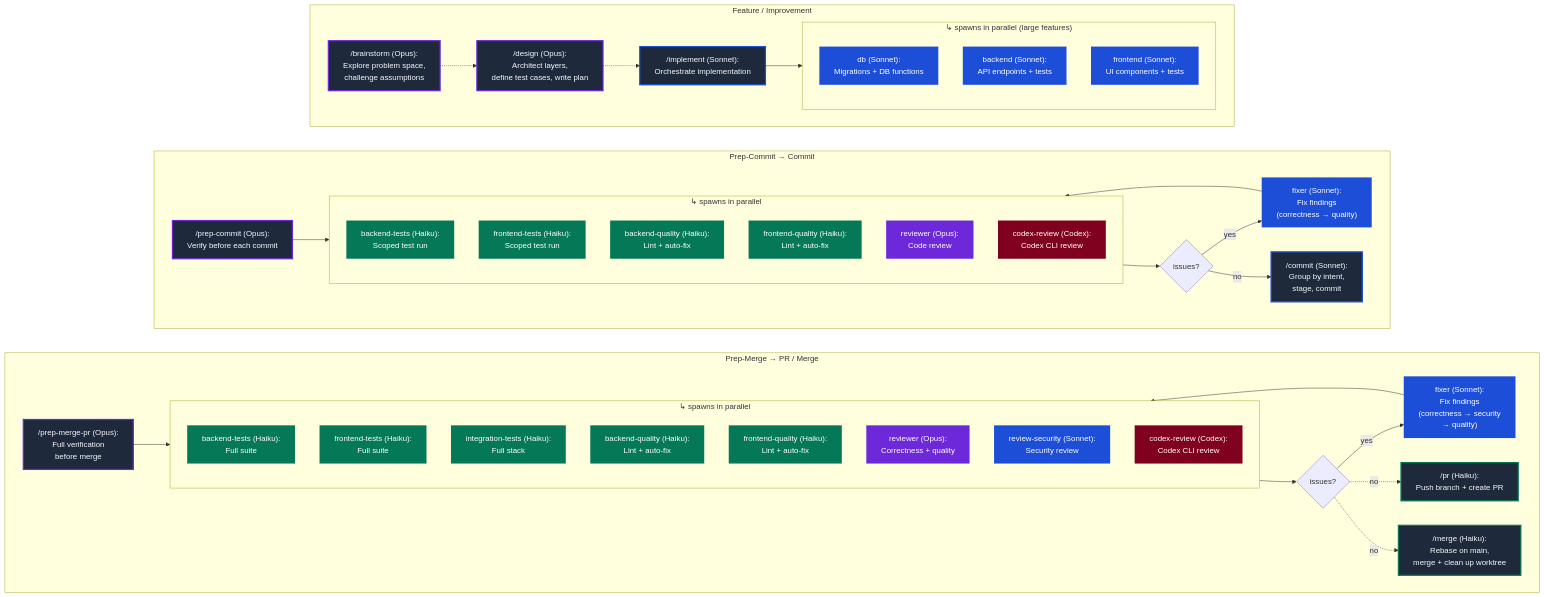
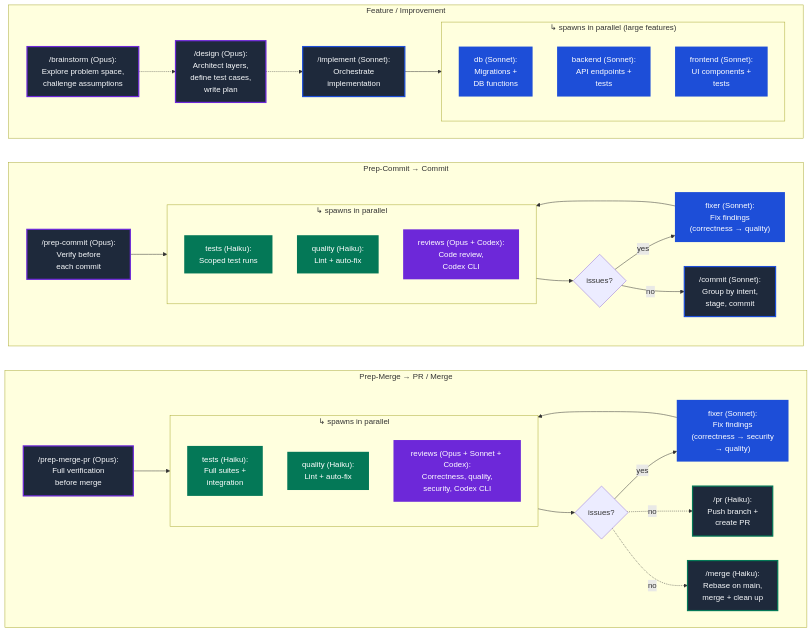
One commit to kambatla/ccupa changed the diagram in README.md. Above: the diagram before and after it, drawn with Mermaid.

Commit message:
docs: collapse parallel agents into category groups for legibility

```diff
--- a/README.md
+++ b/README.md
@@ -47,19 +47,14 @@
     PMP["/prep-merge-pr (Opus):<br/>Full verification<br/>before merge"]
     subgraph PMP_A["↳ spawns in parallel"]
         direction TB
-        PMPT["backend-tests (Haiku):<br/>Full suite"]
-        PMPF2["frontend-tests (Haiku):<br/>Full suite"]
-        PMPI["integration-tests (Haiku):<br/>Full stack"]
-        PMPQ["backend-quality (Haiku):<br/>Lint + auto-fix"]
-        PMPFQ["frontend-quality (Haiku):<br/>Lint + auto-fix"]
-        PMPR["reviewer (Opus):<br/>Correctness + quality"]
-        PMPS["review-security (Sonnet):<br/>Security review"]
-        PMPC["codex-review (Codex):<br/>Codex CLI review"]
+        PMP_T["tests (Haiku):<br/>Full suites +<br/>integration"]
+        PMP_Q["quality (Haiku):<br/>Lint + auto-fix"]
+        PMP_R["reviews (Opus + Sonnet + Codex):<br/>Correctness, quality,<br/>security, Codex CLI"]
     end
     PMP_CHECK{issues?}
     PMPFIX["fixer (Sonnet):<br/>Fix findings<br/>(correctness → security<br/>→ quality)"]
-    PR["/pr (Haiku):<br/>Push branch + create PR"]
-    MRG["/merge (Haiku):<br/>Rebase on main,<br/>merge + clean up worktree"]
+    PR["/pr (Haiku):<br/>Push branch +<br/>create PR"]
+    MRG["/merge (Haiku):<br/>Rebase on main,<br/>merge + clean up"]
     PMP --> PMP_A
     PMP_A --> PMP_CHECK
     PMP_CHECK -->|yes| PMPFIX
@@ -69,15 +64,12 @@
   end
  subgraph PC_FLOW["Prep-Commit → Commit"]
     direction LR
-    PC["/prep-commit (Opus):<br/>Verify before each commit"]
+    PC["/prep-commit (Opus):<br/>Verify before<br/>each commit"]
     subgraph PC_A["↳ spawns in parallel"]
         direction TB
-        PCT["backend-tests (Haiku):<br/>Scoped test run"]
-        PCF2["frontend-tests (Haiku):<br/>Scoped test run"]
-        PCQ["backend-quality (Haiku):<br/>Lint + auto-fix"]
-        PCFQ["frontend-quality (Haiku):<br/>Lint + auto-fix"]
-        PCR["reviewer (Opus):<br/>Code review"]
-        PCC["codex-review (Codex):<br/>Codex CLI review"]
+        PC_T["tests (Haiku):<br/>Scoped test runs"]
+        PC_Q["quality (Haiku):<br/>Lint + auto-fix"]
+        PC_R["reviews (Opus + Codex):<br/>Code review,<br/>Codex CLI"]
     end
     PC_CHECK{issues?}
     PCFIX["fixer (Sonnet):<br/>Fix findings<br/>(correctness → quality)"]
@@ -90,15 +82,15 @@
   end
  subgraph IMPL_A["↳ spawns in parallel (large features)"]
     direction TB
-        IDB["db (Sonnet):<br/>Migrations + DB functions"]
-        IBE["backend (Sonnet):<br/>API endpoints + tests"]
-        IFE["frontend (Sonnet):<br/>UI components + tests"]
+        IDB["db (Sonnet):<br/>Migrations +<br/>DB functions"]
+        IBE["backend (Sonnet):<br/>API endpoints +<br/>tests"]
+        IFE["frontend (Sonnet):<br/>UI components +<br/>tests"]
   end
  subgraph FEAT["Feature / Improvement"]
     direction LR
         BS["/brainstorm (Opus):<br/>Explore problem space,<br/>challenge assumptions"]
-        DS["/design (Opus):<br/>Architect layers,<br/>define test cases, write plan"]
-        IMP["/implement (Sonnet):<br/>Orchestrate implementation"]
+        DS["/design (Opus):<br/>Architect layers,<br/>define test cases,<br/>write plan"]
+        IMP["/implement (Sonnet):<br/>Orchestrate<br/>implementation"]
         IMPL_A
   end
 %%  subgraph BUG["Bug Fix"]
@@ -116,20 +108,12 @@
      DS:::skill-opus
      IMP:::skill-sonnet
     %%  BG:::skill-opus
-     PCT:::haiku
-     PCF2:::haiku
-     PCQ:::haiku
-     PCFQ:::haiku
-     PCR:::opus
-     PCC:::codex
-     PMPT:::haiku
-     PMPF2:::haiku
-     PMPI:::haiku
-     PMPQ:::haiku
-     PMPFQ:::haiku
-     PMPR:::opus
-     PMPS:::sonnet
-     PMPC:::codex
+     PC_T:::haiku
+     PC_Q:::haiku
+     PC_R:::opus
+     PMP_T:::haiku
+     PMP_Q:::haiku
+     PMP_R:::opus
      PC:::skill-opus
      PCFIX:::sonnet
      CMT:::skill-sonnet
@@ -137,7 +121,6 @@
      PMPFIX:::sonnet
      PR:::skill-haiku
      MRG:::skill-haiku
-    %%  SM:::skill-haiku
     classDef skill-opus fill:#1e293b,color:#f8fafc,stroke:#6d28d9,stroke-width:2.5px
     classDef skill-sonnet fill:#1e293b,color:#f8fafc,stroke:#1d4ed8,stroke-width:2.5px
     classDef skill-haiku fill:#1e293b,color:#f8fafc,stroke:#047857,stroke-width:2.5px
```
